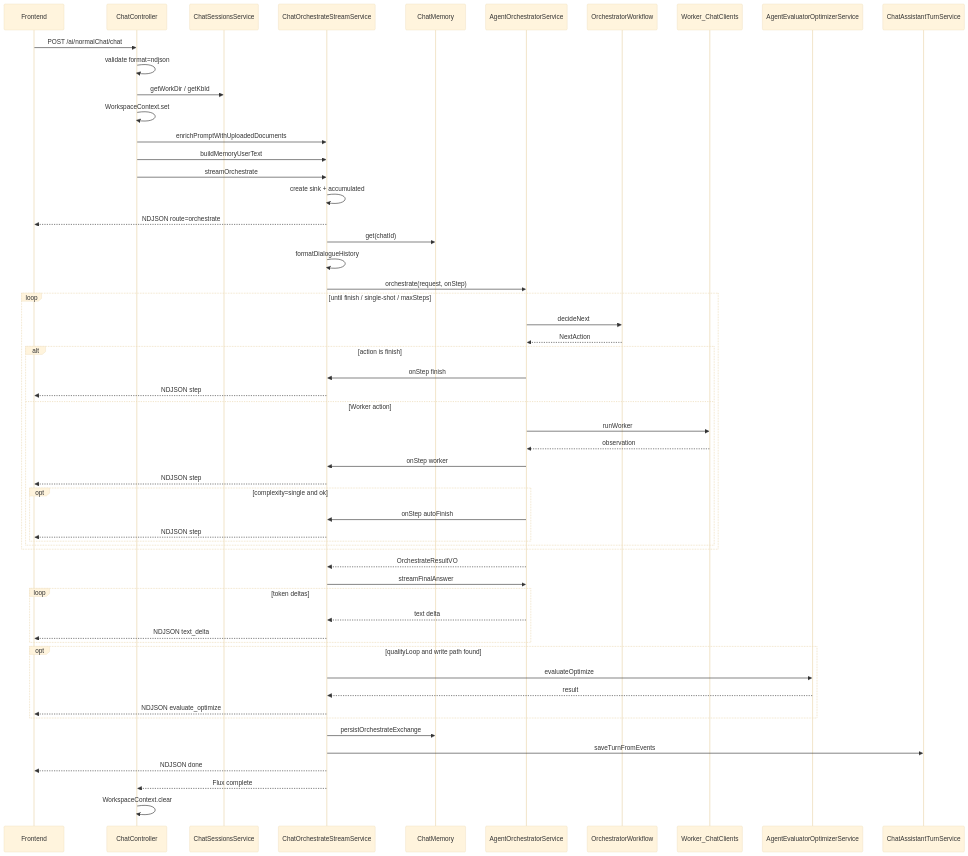
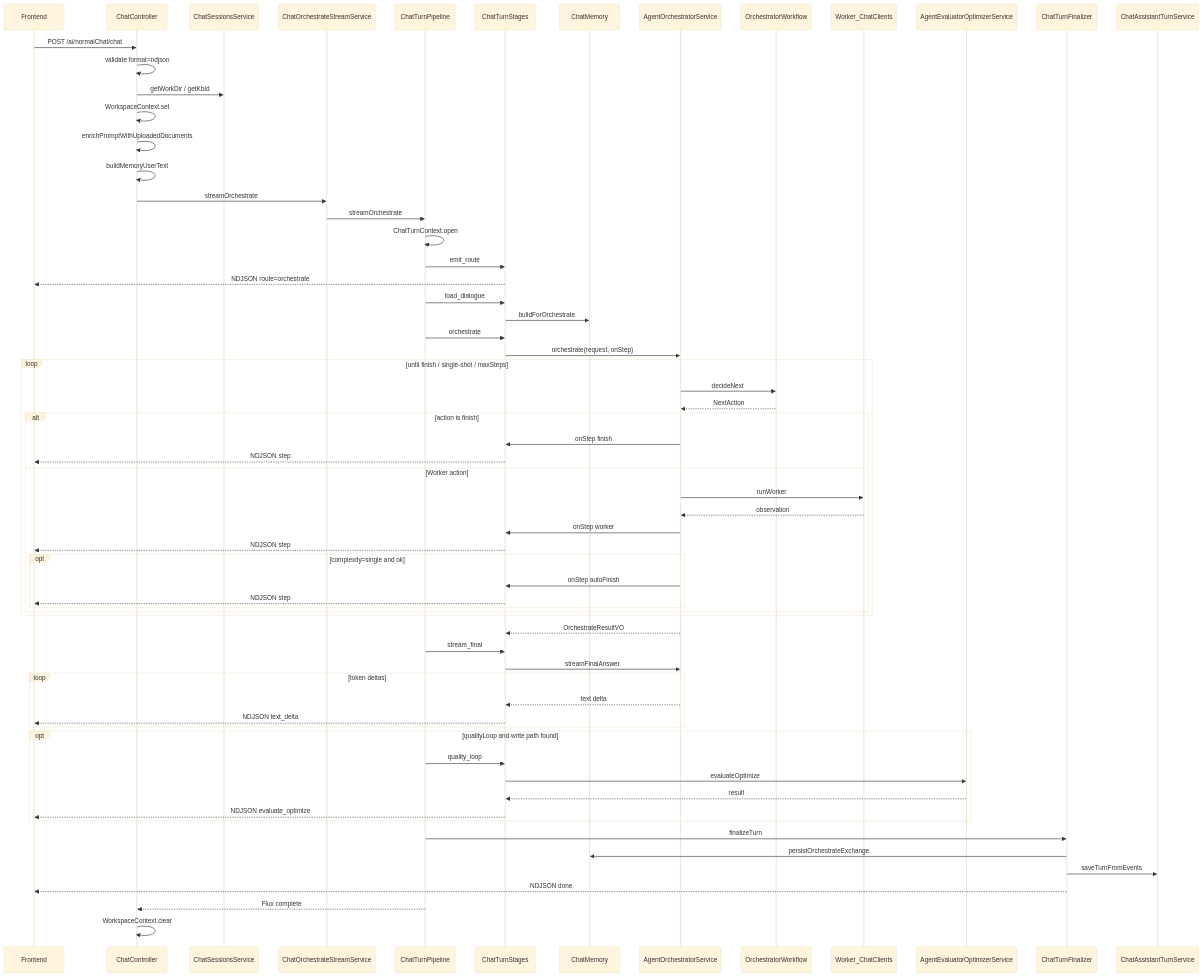
One commit to All1217/My-Chat changed the diagram in docs/资源/Assets/main-chat-sequence.mmd. Above: the diagram before and after it, drawn with Mermaid (base theme). The commit also changed 49 other files, not shown here.

```diff
--- a/docs/资源/Assets/main-chat-sequence.mmd
+++ b/docs/资源/Assets/main-chat-sequence.mmd
@@ -1,63 +1,71 @@
 sequenceDiagram
     participant FE as Frontend
     participant Ctrl as ChatController
     participant Sessions as ChatSessionsService
-    participant Stream as ChatOrchestrateStreamService
+    participant Facade as ChatOrchestrateStreamService
+    participant Pipe as ChatTurnPipeline
+    participant Stages as ChatTurnStages
     participant Mem as ChatMemory
     participant Orch as AgentOrchestratorService
     participant WF as OrchestratorWorkflow
     participant Worker as Worker_ChatClients
     participant EO as AgentEvaluatorOptimizerService
+    participant Fin as ChatTurnFinalizer
     participant Turns as ChatAssistantTurnService
 
     FE->>Ctrl: POST /ai/normalChat/chat
     Ctrl->>Ctrl: validate format=ndjson
     Ctrl->>Sessions: getWorkDir / getKbId
     Ctrl->>Ctrl: WorkspaceContext.set
-    Ctrl->>Stream: enrichPromptWithUploadedDocuments
-    Ctrl->>Stream: buildMemoryUserText
-    Ctrl->>Stream: streamOrchestrate
+    Ctrl->>Ctrl: enrichPromptWithUploadedDocuments
+    Ctrl->>Ctrl: buildMemoryUserText
+    Ctrl->>Facade: streamOrchestrate
+    Facade->>Pipe: streamOrchestrate
 
-    Stream->>Stream: create sink + accumulated
-    Stream-->>FE: NDJSON route=orchestrate
-    Stream->>Mem: get(chatId)
-    Stream->>Stream: formatDialogueHistory
-
-    Stream->>Orch: orchestrate(request, onStep)
+    Pipe->>Pipe: ChatTurnContext.open
+    Pipe->>Stages: emit_route
+    Stages-->>FE: NDJSON route=orchestrate
+    Pipe->>Stages: load_dialogue
+    Stages->>Mem: buildForOrchestrate
+    Pipe->>Stages: orchestrate
+    Stages->>Orch: orchestrate(request, onStep)
 
     loop until finish / single-shot / maxSteps
         Orch->>WF: decideNext
         WF-->>Orch: NextAction
         alt action is finish
-            Orch->>Stream: onStep finish
-            Stream-->>FE: NDJSON step
+            Orch->>Stages: onStep finish
+            Stages-->>FE: NDJSON step
         else Worker action
             Orch->>Worker: runWorker
             Worker-->>Orch: observation
-            Orch->>Stream: onStep worker
-            Stream-->>FE: NDJSON step
+            Orch->>Stages: onStep worker
+            Stages-->>FE: NDJSON step
             opt complexity=single and ok
-                Orch->>Stream: onStep autoFinish
-                Stream-->>FE: NDJSON step
+                Orch->>Stages: onStep autoFinish
+                Stages-->>FE: NDJSON step
             end
         end
     end
-    Orch-->>Stream: OrchestrateResultVO
+    Orch-->>Stages: OrchestrateResultVO
 
-    Stream->>Orch: streamFinalAnswer
+    Pipe->>Stages: stream_final
+    Stages->>Orch: streamFinalAnswer
     loop token deltas
-        Orch-->>Stream: text delta
-        Stream-->>FE: NDJSON text_delta
+        Orch-->>Stages: text delta
+        Stages-->>FE: NDJSON text_delta
     end
 
     opt qualityLoop and write path found
-        Stream->>EO: evaluateOptimize
-        EO-->>Stream: result
-        Stream-->>FE: NDJSON evaluate_optimize
+        Pipe->>Stages: quality_loop
+        Stages->>EO: evaluateOptimize
+        EO-->>Stages: result
+        Stages-->>FE: NDJSON evaluate_optimize
     end
 
-    Stream->>Mem: persistOrchestrateExchange
-    Stream->>Turns: saveTurnFromEvents
-    Stream-->>FE: NDJSON done
-    Stream-->>Ctrl: Flux complete
+    Pipe->>Fin: finalizeTurn
+    Fin->>Mem: persistOrchestrateExchange
+    Fin->>Turns: saveTurnFromEvents
+    Fin-->>FE: NDJSON done
+    Pipe-->>Ctrl: Flux complete
     Ctrl->>Ctrl: WorkspaceContext.clear
```
